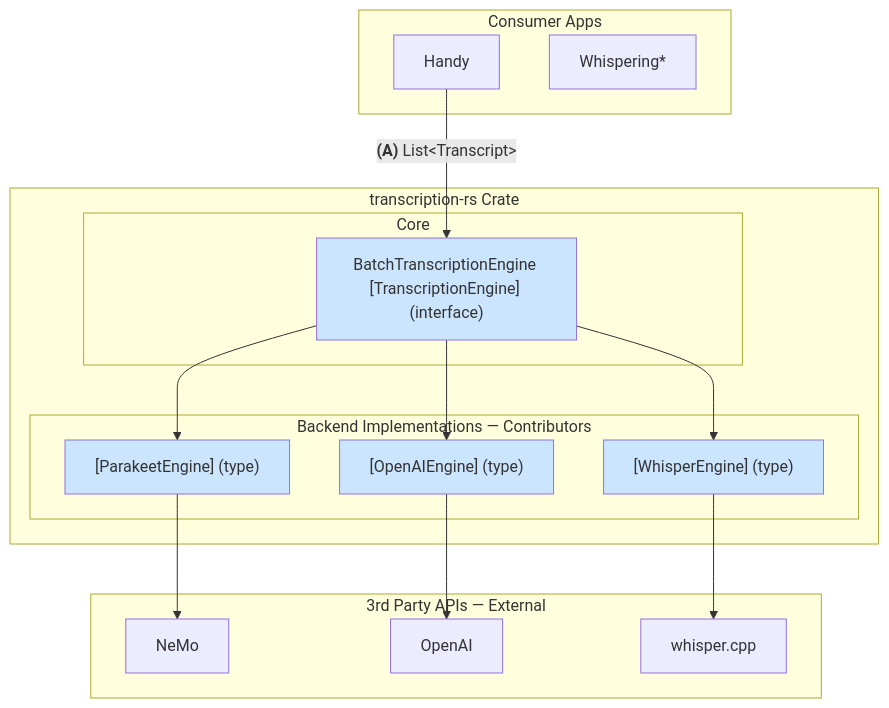
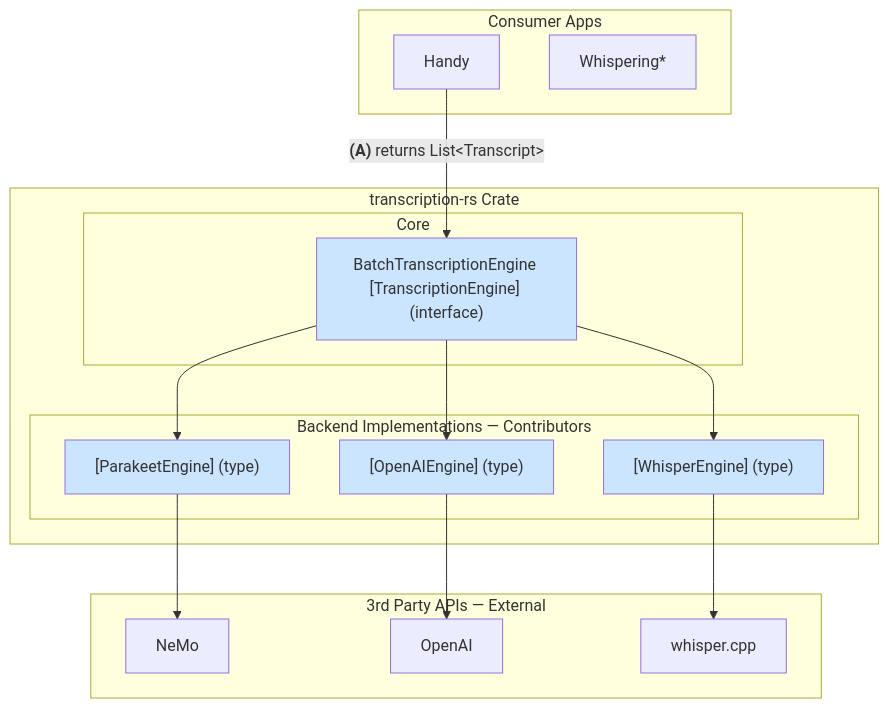
One commit to cjpais/transcribe-rs changed the second of 4 diagrams in specs/transcription-rs.md. Above: the diagram before and after it, drawn with Mermaid. The commit also changed other lines of this file, not shown here.

Commit message:
docs: clarify diagram arrow labels with "returns" prefix

````diff
--- a/specs/transcription-rs.md
+++ b/specs/transcription-rs.md
@@ -78,38 +80,38 @@
 ```mermaid
 graph TB
     subgraph Apps ["Consumer Apps"]
         Handy[Handy]
         Whispering[Whispering*]
     end
 
     subgraph Library ["transcription-rs Crate"]
         subgraph Core ["Core"]
             BatchEngine["BatchTranscriptionEngine [TranscriptionEngine] (interface)"]
         end
 
         subgraph Backends ["Backend Implementations — Contributors"]
             ParakeetEngine["[ParakeetEngine] (type)"]
             OpenAIEngine["[OpenAIEngine] (type)"]
             WhisperEngine["[WhisperEngine] (type)"]
         end
     end
 
     subgraph External ["3rd Party APIs — External"]
         NeMo[NeMo]
         OpenAI[OpenAI]
         WhisperCpp[whisper.cpp]
     end
 
-    Handy -->|"<b>(A)</b> List&lt;Transcript&gt;"| BatchEngine
+    Handy -->|"<b>(A)</b> returns List&lt;Transcript&gt;"| BatchEngine
 
     BatchEngine --> ParakeetEngine
     BatchEngine --> OpenAIEngine
     BatchEngine --> WhisperEngine
 
     ParakeetEngine --> NeMo
     OpenAIEngine --> OpenAI
     WhisperEngine --> WhisperCpp
 
     classDef pullExisting fill:#cce5ff
     class ParakeetEngine,OpenAIEngine,WhisperEngine,BatchEngine pullExisting
 ```
````
